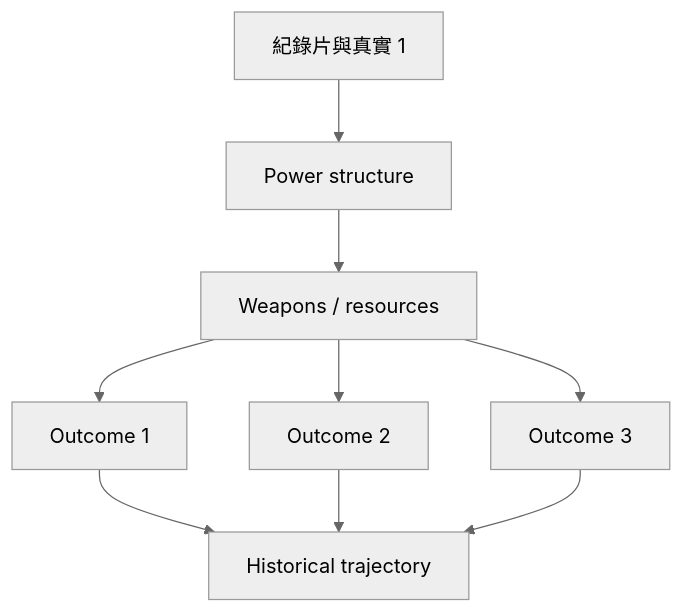
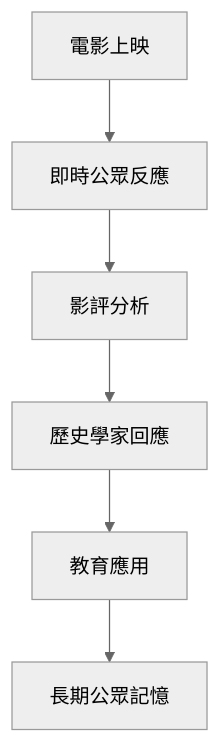
One commit to yip-lgtm/HKU-Harvard-History-Self-Study changed the sixth of 8 diagrams in 01_HKU_Courses/HIST2031_History_through_Film.md. Above: the diagram before and after it, drawn with Mermaid (neutral theme). The commit also changed other lines of this file and 48 other files, not shown here.

````diff
--- a/01_HKU_Courses/HIST2031_History_through_Film.md
+++ b/01_HKU_Courses/HIST2031_History_through_Film.md
@@ -263,11 +258,8 @@
 ```mermaid
-graph TD
-    A[紀錄片與真實 1] --> B[Power structure]
-    B --> C[Weapons / resources]
-    C --> D[Outcome 1]
-    C --> E[Outcome 2]
-    C --> F[Outcome 3]
-    D --> G[Historical trajectory]
-    E --> G
-    F --> G
+flowchart TD
+    A[電影上映] --> B[即時公眾反應]
+    B --> C[影評分析]
+    C --> D[歷史學家回應]
+    D --> E[教育應用]
+    E --> F[長期公眾記憶]
 ```
````
